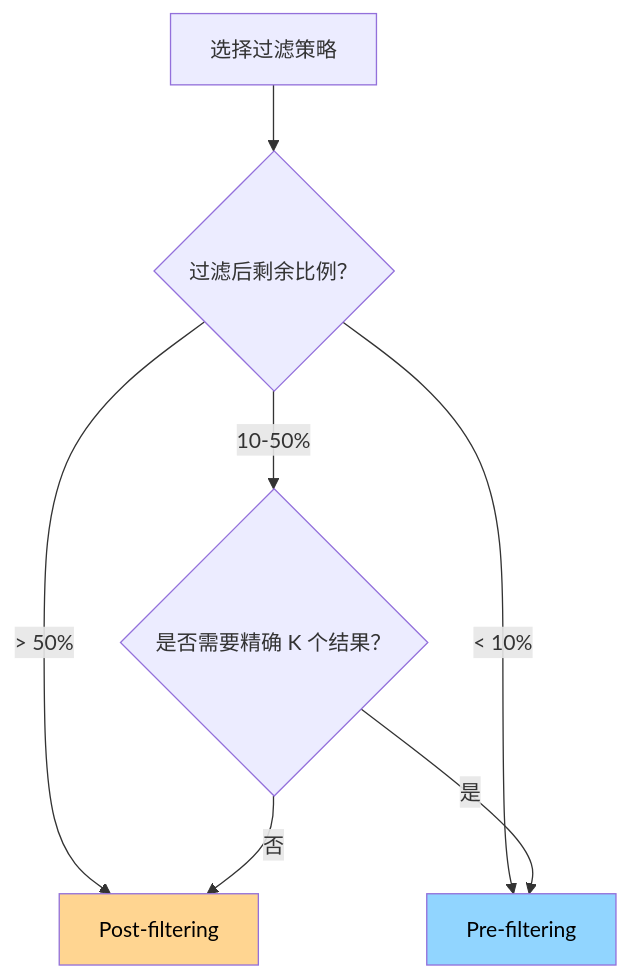
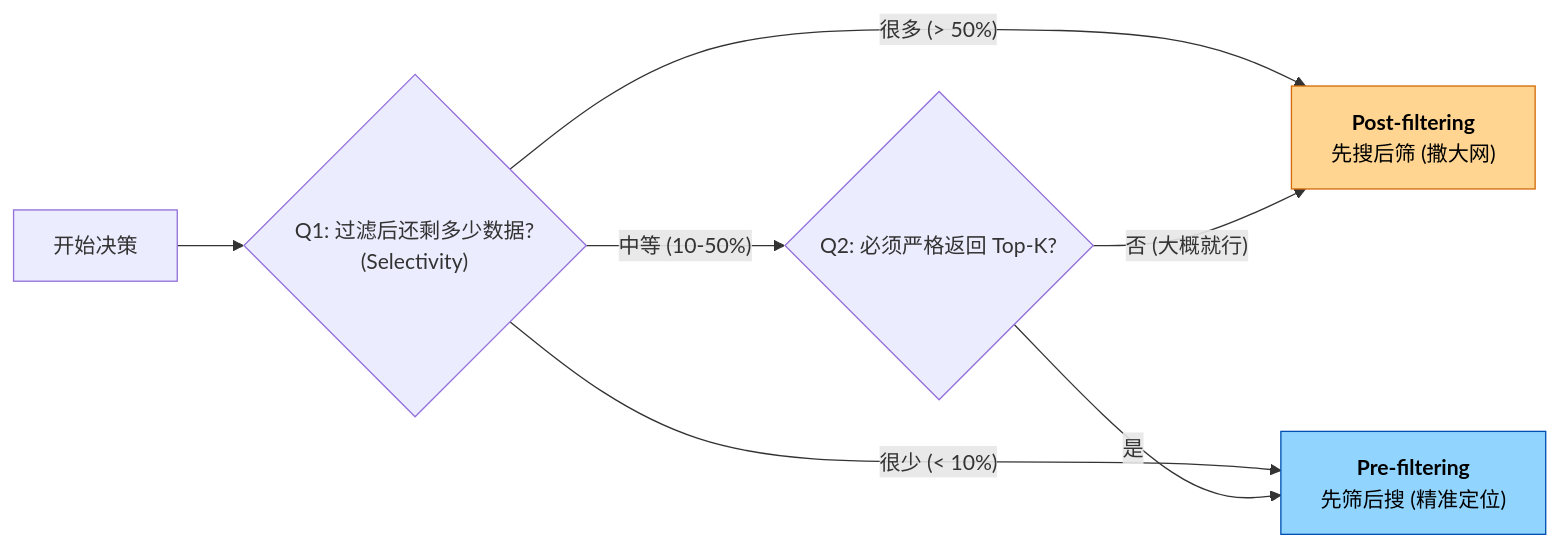
Diagram 32 of 38 in docs/research/003-vector-search-algorithm.md (ThreeFish-AI/agentic-ai-cognizes), drawn with Mermaid before and after one commit. The commit also changed other lines of this file, not shown here.

````diff
--- a/docs/research/003-vector-search-algorithm.md
+++ b/docs/research/003-vector-search-algorithm.md
@@ -2227,12 +2198,12 @@
 ```mermaid
-flowchart TD
-    START[选择过滤策略] --> Q1{过滤后剩余比例？}
-    Q1 --> |"> 50%"| POST[Post-filtering]
-    Q1 --> |"< 10%"| PRE[Pre-filtering]
-    Q1 --> |"10-50%"| Q2{是否需要精确 K 个结果？}
+flowchart LR
+    START[开始决策] --> Q1{"Q1: 过滤后还剩多少数据?<br/>(Selectivity)"}
+    Q1 --> |"很多 (> 50%)"| POST["<b>Post-filtering</b><br/>先搜后筛 (撒大网)"]
+    Q1 --> |"很少 (< 10%)"| PRE["<b>Pre-filtering</b><br/>先筛后搜 (精准定位)"]
+    Q1 --> |"中等 (10-50%)"| Q2{"Q2: 必须严格返回 Top-K?"}
     Q2 --> |是| PRE
-    Q2 --> |否| POST
+    Q2 --> |"否 (大概就行)"| POST
 
-    style POST fill:#ffd591,color:#000000
-    style PRE fill:#91d5ff,color:#000000
+    style POST fill:#ffd591,color:#000,stroke:#d46b08
+    style PRE fill:#91d5ff,color:#000,stroke:#0050b3
 ```
````
